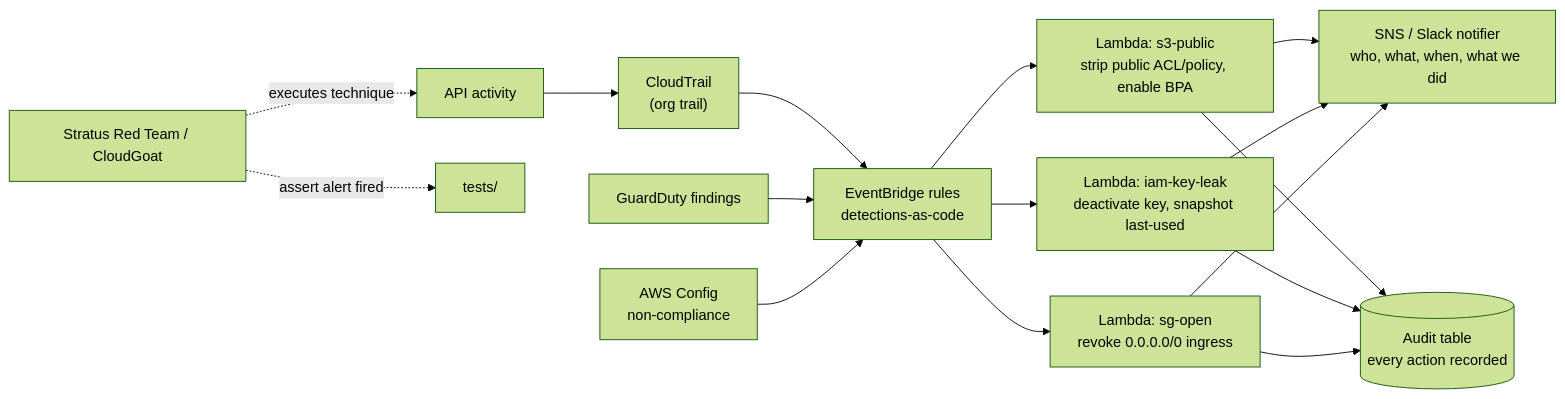
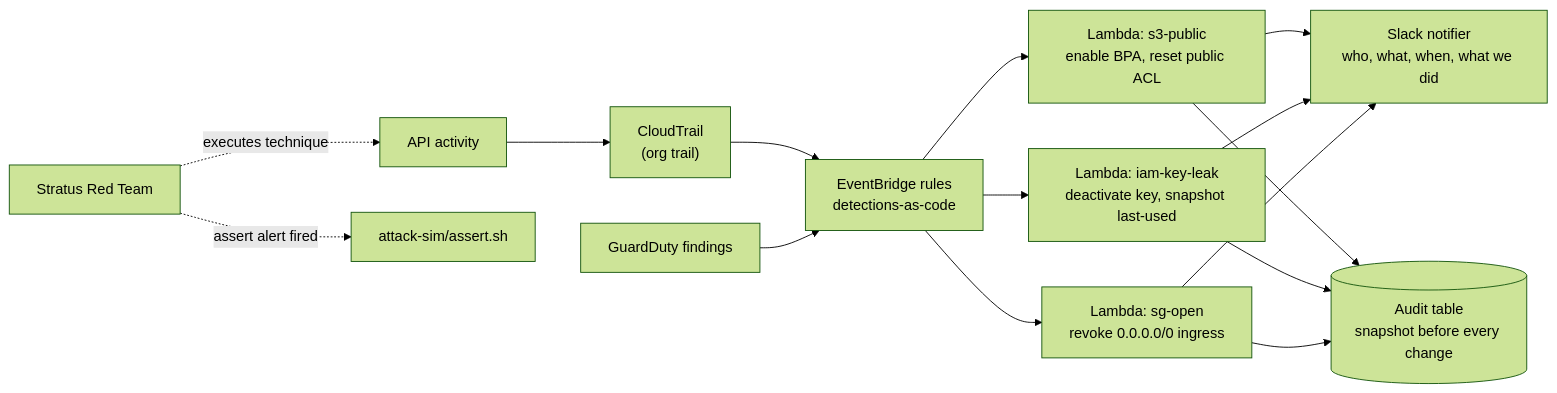
One commit to PontoPe/PontoAntiCrack changed the diagram in README.md. Above: the diagram before and after it, drawn with Mermaid (forest theme). The commit also changed other lines of this file and 6 other files, not shown here.

````diff
--- a/README.md
+++ b/README.md
@@ -17,17 +22,16 @@
 ```mermaid
 flowchart LR
     ACT["API activity"] --> CT["CloudTrail<br/>(org trail)"]
     CT --> EB["EventBridge rules<br/>detections-as-code"]
     GD["GuardDuty findings"] --> EB
-    CFG["AWS Config<br/>non-compliance"] --> EB
 
-    EB --> L1["Lambda: s3-public<br/>strip public ACL/policy, enable BPA"]
+    EB --> L1["Lambda: s3-public<br/>enable BPA, reset public ACL"]
     EB --> L2["Lambda: iam-key-leak<br/>deactivate key, snapshot last-used"]
     EB --> L3["Lambda: sg-open<br/>revoke 0.0.0.0/0 ingress"]
 
-    L1 & L2 & L3 --> SNS["SNS / Slack notifier<br/>who, what, when, what we did"]
-    L1 & L2 & L3 --> DDB[("Audit table<br/>every action recorded")]
+    L1 & L2 & L3 --> SNS["Slack notifier<br/>who, what, when, what we did"]
+    L1 & L2 & L3 --> DDB[("Audit table<br/>snapshot before every change")]
 
-    SIM["Stratus Red Team / CloudGoat"] -.executes technique.-> ACT
-    SIM -.assert alert fired.-> TEST["tests/"]
+    SIM["Stratus Red Team"] -.executes technique.-> ACT
+    SIM -.assert alert fired.-> TEST["attack-sim/assert.sh"]
 ```
````
